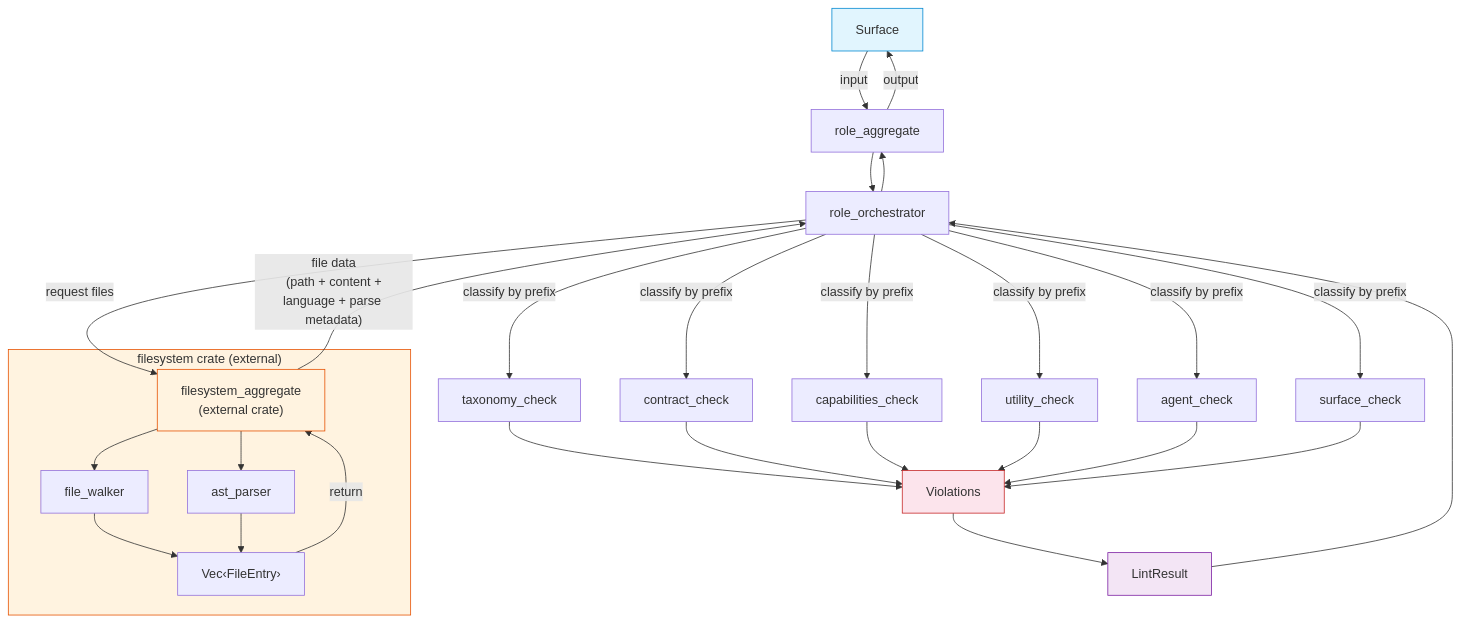
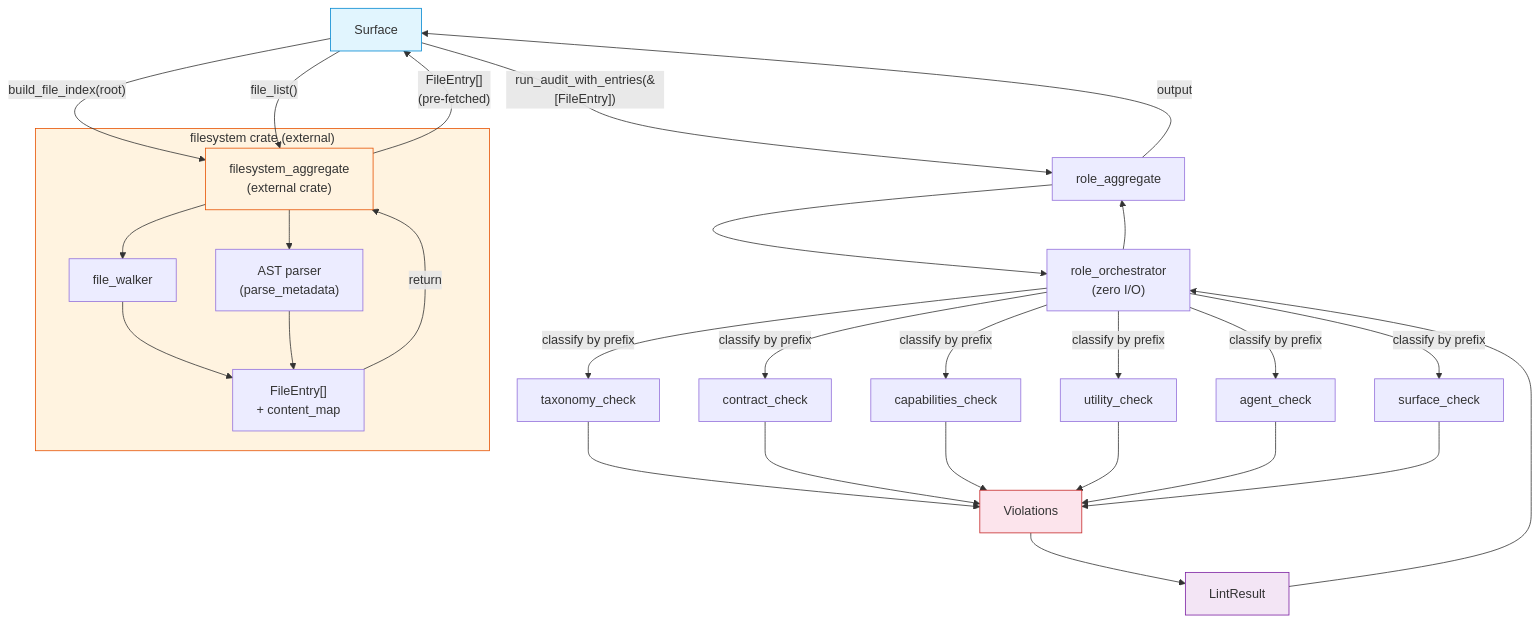
One commit to rakaarwaky/lint-arwaky changed the diagram in crates/role-rules/FRD.md. Above: the diagram before and after it, drawn with Mermaid. The commit also changed other lines of this file and 8 other files, not shown here.

Commit message:
refactor: delegate file discovery, AST parsing, and graph construction to the filesystem crate to eliminate I/O in analysis crates.

````diff
--- a/crates/role-rules/FRD.md
+++ b/crates/role-rules/FRD.md
@@ -15,41 +15,42 @@
 ```mermaid
 flowchart TD
-    A["Surface"] -->|input| B["role_aggregate"]
-    B --> C["role_orchestrator"]
-
-    C -->|"request files"| D["filesystem_aggregate\n(external crate)"]
+    A["Surface"] -->|"build_file_index(root)"| D["filesystem_aggregate\n(external crate)"]
+    A -->|"file_list()"| D
 
     subgraph FS ["filesystem crate (external)"]
         D --> E1["file_walker"]
-        D --> E2["ast_parser"]
-        E1 --> G1["Vec‹FileEntry›"]
+        D --> E2["AST parser\n(parse_metadata)"]
+        E1 --> G1["FileEntry[]\n+ content_map"]
         E2 --> G1
     end
 
     G1 -->|"return"| D
-    D -->|"file data\n(path + content +\nlanguage + parse metadata)"| C
+    D -->|"FileEntry[]\n(pre-fetched)"| A
+
+    A -->|"run_audit_with_entries(&[FileEntry])"| B["role_aggregate"]
+    B --> C["role_orchestrator\n(zero I/O)"]
 
     C -->|"classify by prefix"| H1["taxonomy_check"]
     C -->|"classify by prefix"| H2["contract_check"]
     C -->|"classify by prefix"| H3["capabilities_check"]
     C -->|"classify by prefix"| H4["utility_check"]
     C -->|"classify by prefix"| H5["agent_check"]
     C -->|"classify by prefix"| H6["surface_check"]
 
     H1 --> I["Violations"]
     H2 --> I
     H3 --> I
     H4 --> I
     H5 --> I
     H6 --> I
     I --> J["LintResult"]
     J --> C
     C --> B
     B -->|output| A
 
     style A fill:#e1f5fe,stroke:#0288d1
     style FS fill:#fff3e0,stroke:#e65100
     style D fill:#fff3e0,stroke:#e65100
     style I fill:#fce4ec,stroke:#c62828
     style J fill:#f3e5f5,stroke:#7b1fa2
 ```
````
